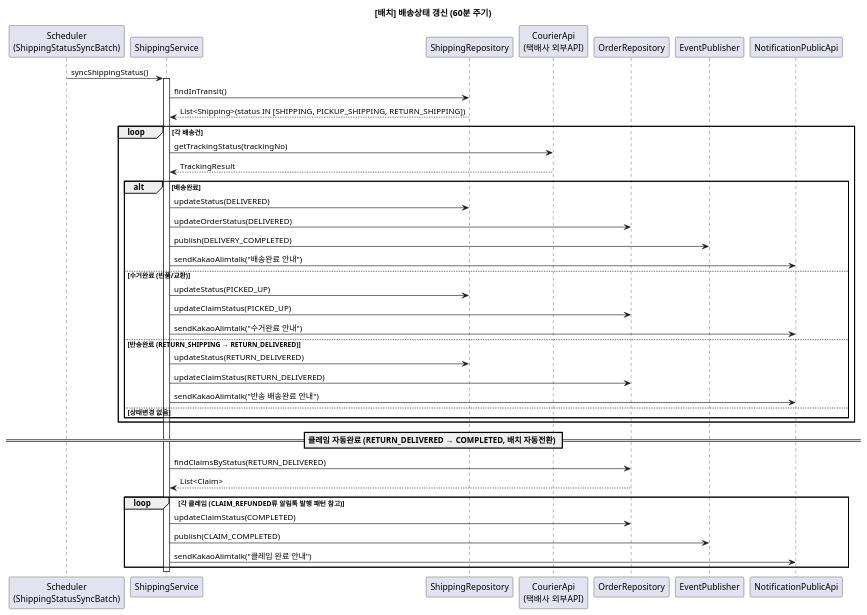
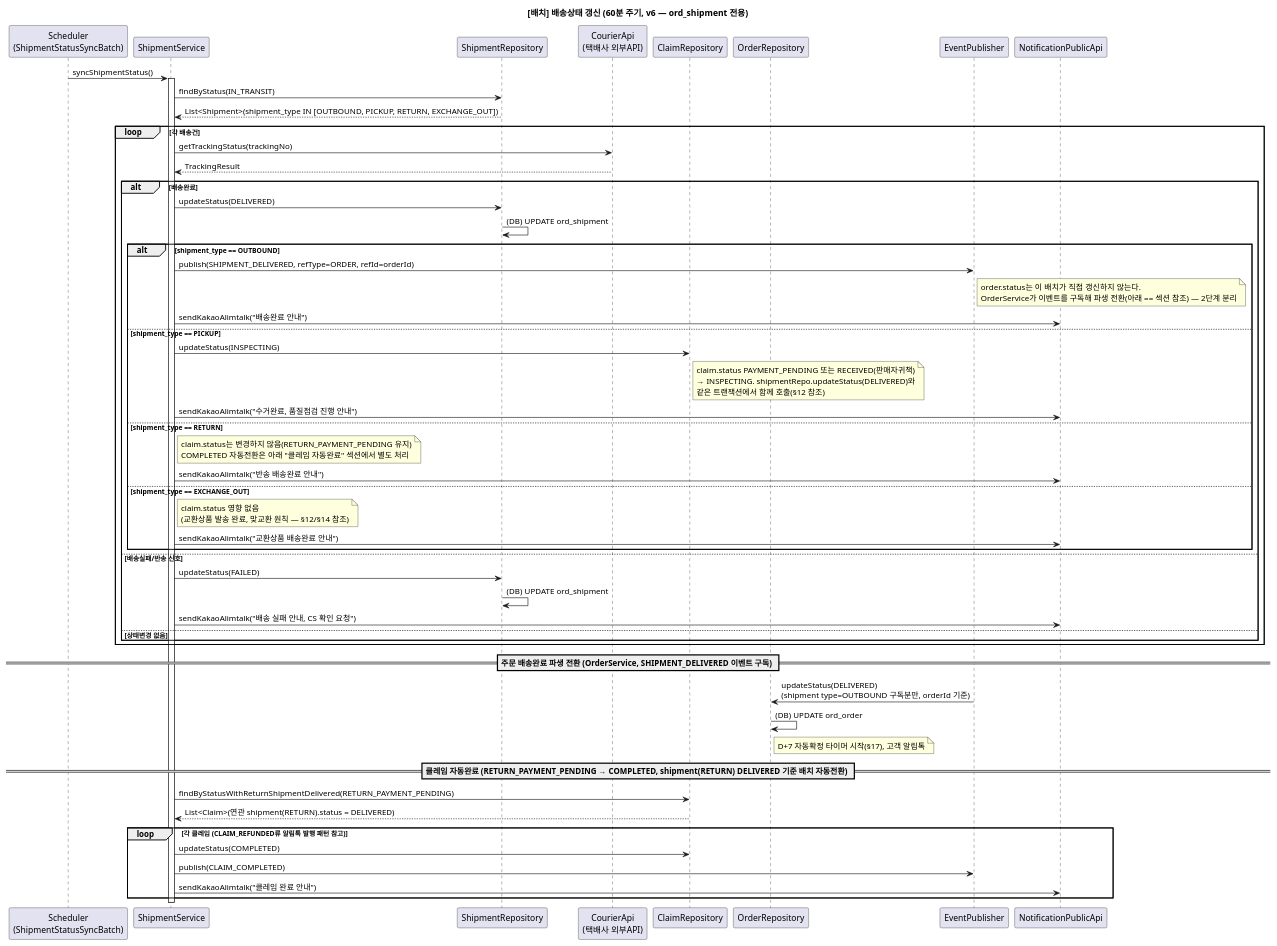
One commit to parknahyun/runNShop changed diagram 23 of 26 in docs/자산화-단계별/S3-상세설계/16-시퀀스(Order-Payment).md. Above: the diagram before and after it, drawn with PlantUML. The commit also changed other lines of this file and 14 other files, not shown here.

First line of the commit message:
docs: Order 배송/클레임 상태머신 배송실행 분리(v6) + 바텀업 재검증 2라운드

````diff
--- a/docs/자산화-단계별/S3-상세설계/16-시퀀스(Order-Payment).md
+++ b/docs/자산화-단계별/S3-상세설계/16-시퀀스(Order-Payment).md
@@ -984,54 +1200,71 @@
 ```plantuml
 @startuml
-title [배치] 배송상태 갱신 (60분 주기)
+title [배치] 배송상태 갱신 (60분 주기, v6 — ord_shipment 전용)
 
-participant "Scheduler\n(ShippingStatusSyncBatch)" as Batch
-participant "ShippingService" as Service
-participant "ShippingRepository" as Repo
+participant "Scheduler\n(ShipmentStatusSyncBatch)" as Batch
+participant "ShipmentService" as Service
+participant "ShipmentRepository" as Repo
 participant "CourierApi\n(택배사 외부API)" as Courier
+participant "ClaimRepository" as ClaimRepo
 participant "OrderRepository" as OrderRepo
 participant "EventPublisher" as Event
 participant "NotificationPublicApi" as Noti
 
-Batch -> Service : syncShippingStatus()
+Batch -> Service : syncShipmentStatus()
 activate Service
 
-Service -> Repo : findInTransit()
-Repo --> Service : List<Shipping>(status IN [SHIPPING, PICKUP_SHIPPING, RETURN_SHIPPING])
+Service -> Repo : findByStatus(IN_TRANSIT)
+Repo --> Service : List<Shipment>(shipment_type IN [OUTBOUND, PICKUP, RETURN, EXCHANGE_OUT])
 
 loop 각 배송건
     Service -> Courier : getTrackingStatus(trackingNo)
     Courier --> Service : TrackingResult
 
     alt 배송완료
         Service -> Repo : updateStatus(DELIVERED)
-        Service -> OrderRepo : updateOrderStatus(DELIVERED)
-        Service -> Event : publish(DELIVERY_COMPLETED)
-        Service -> Noti : sendKakaoAlimtalk("배송완료 안내")
-    else 수거완료 (반품/교환)
-        Service -> Repo : updateStatus(PICKED_UP)
-        Service -> OrderRepo : updateClaimStatus(PICKED_UP)
-        Service -> Noti : sendKakaoAlimtalk("수거완료 안내")
-    else 반송완료 (RETURN_SHIPPING → RETURN_DELIVERED)
-        Service -> Repo : updateStatus(RETURN_DELIVERED)
-        Service -> OrderRepo : updateClaimStatus(RETURN_DELIVERED)
-        Service -> Noti : sendKakaoAlimtalk("반송 배송완료 안내")
+        Repo -> Repo : (DB) UPDATE ord_shipment
+
+        alt shipment_type == OUTBOUND
+            Service -> Event : publish(SHIPMENT_DELIVERED, refType=ORDER, refId=orderId)
+            note right of Event: order.status는 이 배치가 직접 갱신하지 않는다.\nOrderService가 이벤트를 구독해 파생 전환(아래 == 섹션 참조) — 2단계 분리
+            Service -> Noti : sendKakaoAlimtalk("배송완료 안내")
+        else shipment_type == PICKUP
+            Service -> ClaimRepo : updateStatus(INSPECTING)
+            note right of ClaimRepo: claim.status PAYMENT_PENDING 또는 RECEIVED(판매자귀책)\n→ INSPECTING. shipmentRepo.updateStatus(DELIVERED)와\n같은 트랜잭션에서 함께 호출(§12 참조)
+            Service -> Noti : sendKakaoAlimtalk("수거완료, 품질점검 진행 안내")
+        else shipment_type == RETURN
+            note right of Service: claim.status는 변경하지 않음(RETURN_PAYMENT_PENDING 유지)\nCOMPLETED 자동전환은 아래 "클레임 자동완료" 섹션에서 별도 처리
+            Service -> Noti : sendKakaoAlimtalk("반송 배송완료 안내")
+        else shipment_type == EXCHANGE_OUT
+            note right of Service: claim.status 영향 없음\n(교환상품 발송 완료, 맞교환 원칙 — §12/§14 참조)
+            Service -> Noti : sendKakaoAlimtalk("교환상품 배송완료 안내")
+        end
+    else 배송실패/반송 신호
+        Service -> Repo : updateStatus(FAILED)
+        Repo -> Repo : (DB) UPDATE ord_shipment
+        Service -> Noti : sendKakaoAlimtalk("배송 실패 안내, CS 확인 요청")
     else 상태변경 없음
         note right: skip
     end
 end
 
-== 클레임 자동완료 (RETURN_DELIVERED → COMPLETED, 배치 자동전환) ==
+== 주문 배송완료 파생 전환 (OrderService, SHIPMENT_DELIVERED 이벤트 구독) ==
 
-Service -> OrderRepo : findClaimsByStatus(RETURN_DELIVERED)
-OrderRepo --> Service : List<Claim>
+Event -> OrderRepo : updateStatus(DELIVERED)\n(shipment type=OUTBOUND 구독분만, orderId 기준)
+OrderRepo -> OrderRepo : (DB) UPDATE ord_order
+note right of OrderRepo: D+7 자동확정 타이머 시작(§17), 고객 알림톡
+
+== 클레임 자동완료 (RETURN_PAYMENT_PENDING → COMPLETED, shipment(RETURN) DELIVERED 기준 배치 자동전환) ==
+
+Service -> ClaimRepo : findByStatusWithReturnShipmentDelivered(RETURN_PAYMENT_PENDING)
+ClaimRepo --> Service : List<Claim>(연관 shipment(RETURN).status = DELIVERED)
 
 loop 각 클레임 (CLAIM_REFUNDED류 알림톡 발행 패턴 참고)
-    Service -> OrderRepo : updateClaimStatus(COMPLETED)
+    Service -> ClaimRepo : updateStatus(COMPLETED)
     Service -> Event : publish(CLAIM_COMPLETED)
     Service -> Noti : sendKakaoAlimtalk("클레임 완료 안내")
 end
 
 deactivate Service
 @enduml
 ```
````
